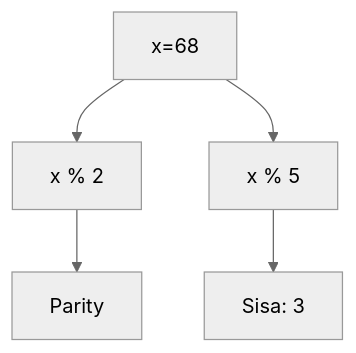
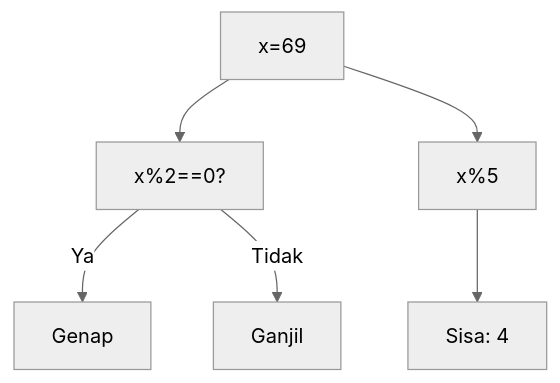
One commit to amnahwaida/OSNK_INF_PREP changed diagram 14 of 25 in part-c-pemahaman-cpp/05-rekursi/latihan/set-01.md. Above: the diagram before and after it, drawn with Mermaid (neutral theme). The commit also changed other lines of this file and 71 other files, not shown here.

Commit message:
Fixed Mermaid syntax lexical errors with quoted labels in 1,800 questions

````diff
--- a/part-c-pemahaman-cpp/05-rekursi/latihan/set-01.md
+++ b/part-c-pemahaman-cpp/05-rekursi/latihan/set-01.md
@@ -331,7 +438,8 @@
 ```mermaid
 graph TD
-A[x=68] --> B[x % 2]
-B --> C[Parity]
-A --> D[x % 5]
-D --> E[Sisa: 3]
+A["x=69"] --> B["x%2==0?"]
+B -- Ya --> C["Genap"]
+B -- Tidak --> D["Ganjil"]
+A --> E["x%5"]
+E --> F["Sisa: 4"]
 ```
````
